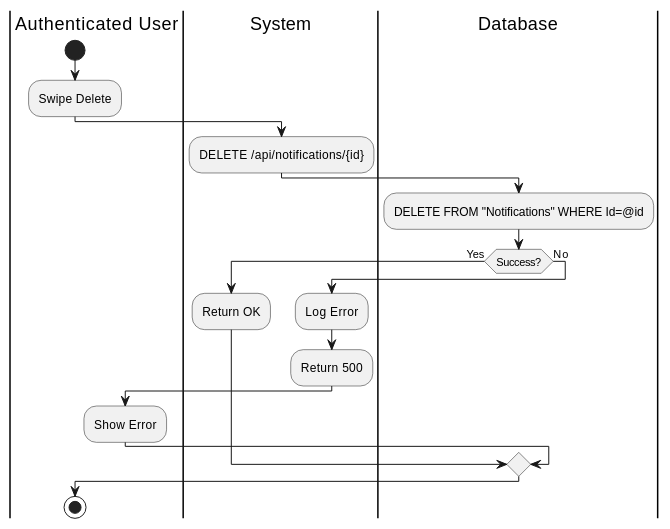
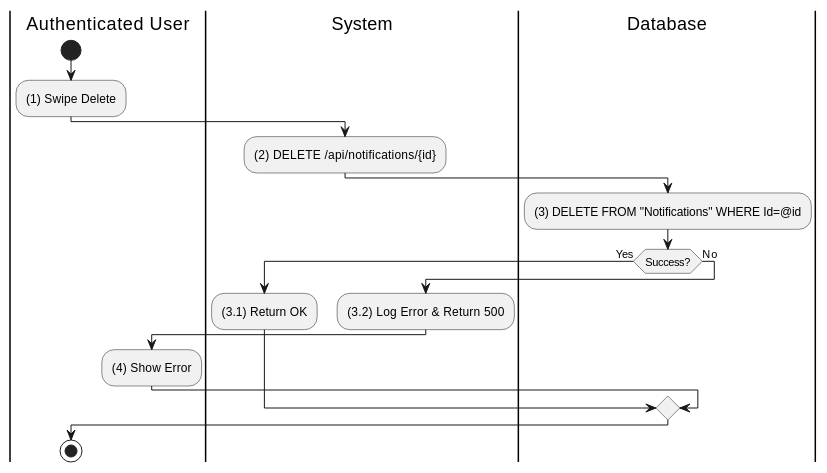
Before and after one commit to I-Love-U-3000/Favi-BE: the seventh of 10 diagrams in UC_2.1.8_Monitor_Notification.md, drawn with PlantUML. The commit also changed other lines of this file and 36 other files, not shown here.

````diff
--- a/UC_2.1.8_Monitor_Notification.md
+++ b/UC_2.1.8_Monitor_Notification.md
@@ -284,22 +274,21 @@
 ```plantuml
 @startuml
 |Authenticated User|
 start
-:Swipe Delete;
+:(1) Swipe Delete;
 |System|
-:DELETE /api/notifications/{id};
+:(2) DELETE /api/notifications/{id};
 |Database|
-:DELETE FROM "Notifications" WHERE Id=@id;
+:(3) DELETE FROM "Notifications" WHERE Id=@id;
 if (Success?) then (Yes)
   |System|
-  :Return OK;
+  :(3.1) Return OK;
 else (No)
   |System|
-  :Log Error;
-  :Return 500;
+  :(3.2) Log Error & Return 500;
   |Authenticated User|
-  :Show Error;
+  :(4) Show Error;
 endif
 stop
 @enduml
 ```
````
